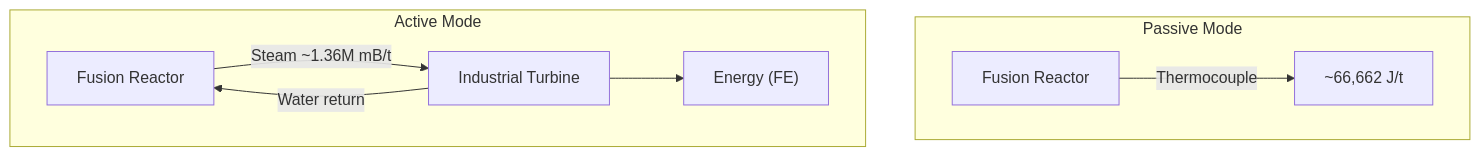
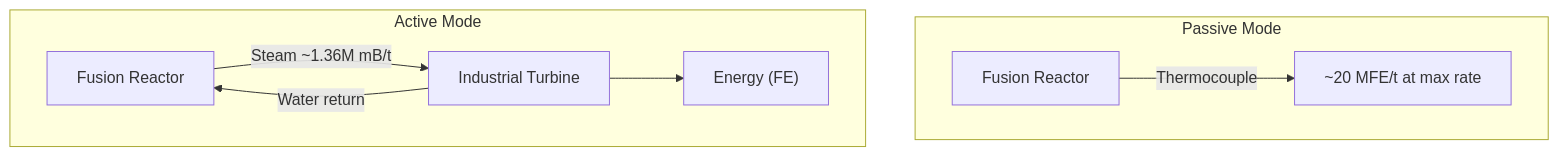
The third of 3 diagrams in docs/mekanism/fusion-reactor-planner.md (Kiwifan1/Kiwifan1.github.io), drawn with Mermaid before and after one commit. The commit also changed other lines of this file and 2 other files, not shown here.

Commit message:
Fix all three docs: evaporation vanilla constants, SPS hardware caps, fusion D-T mode + ignition

````diff
--- a/docs/mekanism/fusion-reactor-planner.md
+++ b/docs/mekanism/fusion-reactor-planner.md
@@ -195,11 +212,11 @@
 ```mermaid
 flowchart TD
     subgraph Passive Mode
-        FR1["Fusion Reactor"] -->|"Thermocouple"| E1["~66,662 J/t"]
+        FR1["Fusion Reactor"] -->|"Thermocouple"| E1["~20 MFE/t at max rate"]
     end
     subgraph Active Mode
         FR2["Fusion Reactor"] -->|"Steam ~1.36M mB/t"| T2["Industrial Turbine"]
         T2 --> E2["Energy (FE)"]
         T2 -->|"Water return"| FR2
     end
 ```
````
